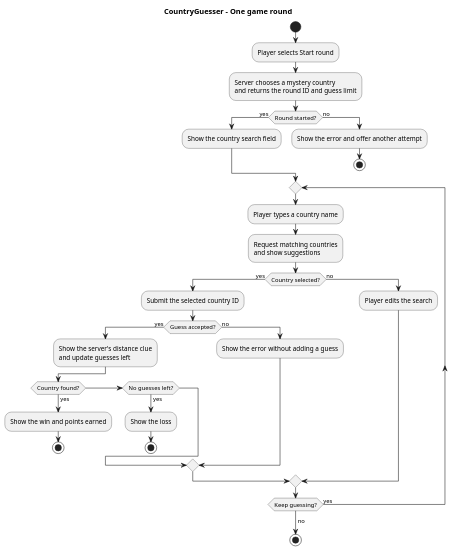
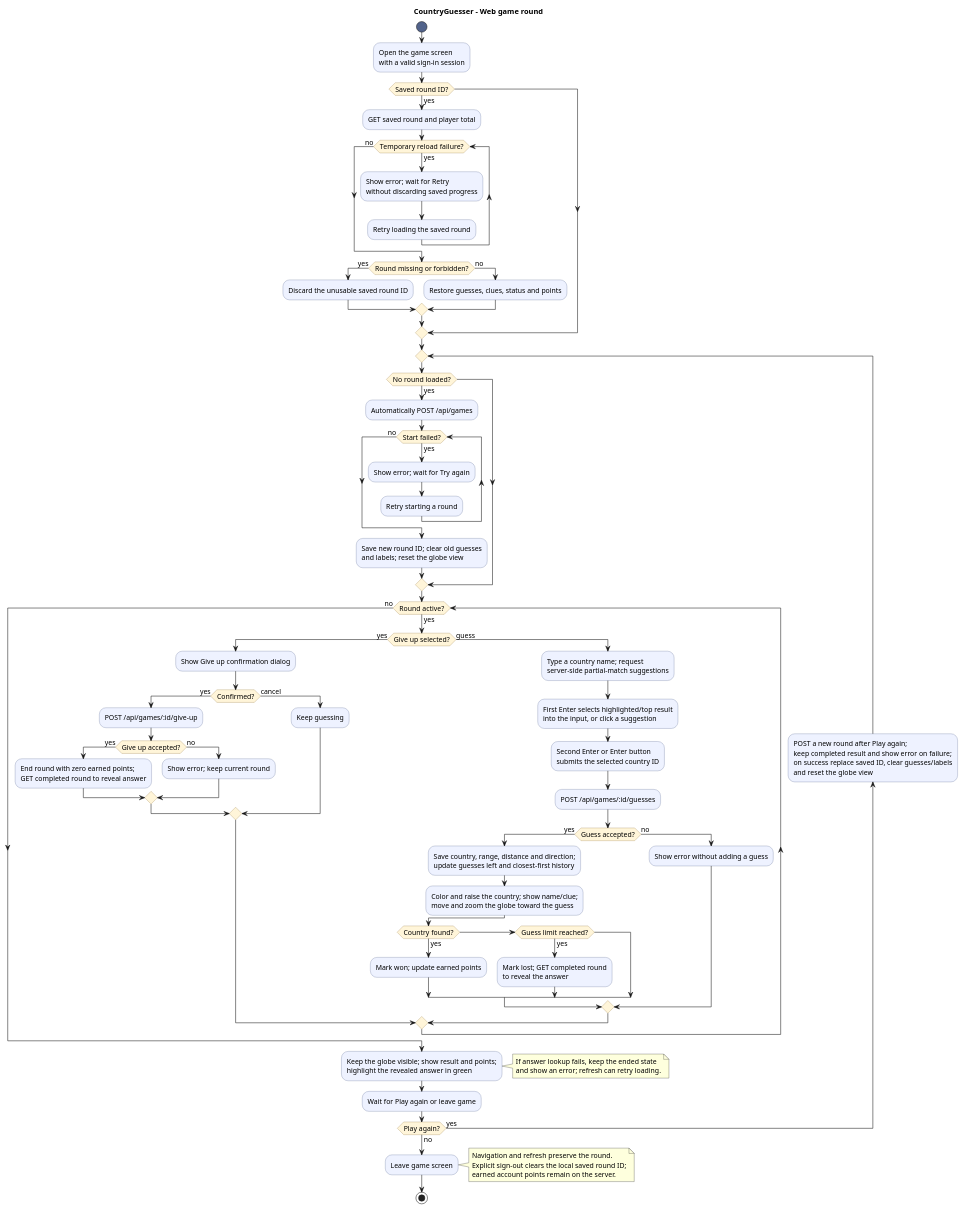
The diagram in docs/diagrams/activity-game-round.puml (samborg-dev/COP4331-Large-Project), drawn with PlantUML before and after one commit. The commit also changed 2 other files, not shown here.

Commit message:
Update game-round activity diagram

```diff
--- a/docs/diagrams/activity-game-round.puml
+++ b/docs/diagrams/activity-game-round.puml
@@ -1,38 +1,89 @@
 @startuml activity-game-round
-title CountryGuesser - One game round
+title CountryGuesser - Web game round
 skinparam shadowing false
+skinparam backgroundColor #FFFFFF
+skinparam defaultFontName SansSerif
+skinparam defaultFontSize 13
+skinparam activity {
+  BackgroundColor #EEF2FF
+  BorderColor #52638B
+  DiamondBackgroundColor #FFF5D9
+  DiamondBorderColor #94753A
+  StartColor #52638B
+  EndColor #52638B
+}
 
 start
-:Player selects Start round;
-:Server chooses a mystery country\nand returns the round ID and guess limit;
-if (Round started?) then (yes)
-  :Show the country search field;
-else (no)
-  :Show the error and offer another attempt;
-  stop
+:Open the game screen\nwith a valid sign-in session;
+if (Saved round ID?) then (yes)
+  :GET saved round and player total;
+  while (Temporary reload failure?) is (yes)
+    :Show error; wait for Retry\nwithout discarding saved progress;
+    :Retry loading the saved round;
+  endwhile (no)
+  if (Round missing or forbidden?) then (yes)
+    :Discard the unusable saved round ID;
+  else (no)
+    :Restore guesses, clues, status and points;
+  endif
 endif
 
 repeat
-  :Player types a country name;
-  :Request matching countries\nand show suggestions;
-  if (Country selected?) then (yes)
-    :Submit the selected country ID;
-    if (Guess accepted?) then (yes)
-      :Show the server's distance clue\nand update guesses left;
-      if (Country found?) then (yes)
-        :Show the win and points earned;
-        stop
-      elseif (No guesses left?) then (yes)
-        :Show the loss;
-        stop
+  if (No round loaded?) then (yes)
+    :Automatically POST /api/games;
+    while (Start failed?) is (yes)
+      :Show error; wait for Try again;
+      :Retry starting a round;
+    endwhile (no)
+    :Save new round ID; clear old guesses\nand labels; reset the globe view;
+  endif
+
+  while (Round active?) is (yes)
+    if (Give up selected?) then (yes)
+      :Show Give up confirmation dialog;
+      if (Confirmed?) then (yes)
+        :POST /api/games/:id/give-up;
+        if (Give up accepted?) then (yes)
+          :End round with zero earned points;\nGET completed round to reveal answer;
+        else (no)
+          :Show error; keep current round;
+        endif
+      else (cancel)
+        :Keep guessing;
       endif
-    else (no)
-      :Show the error without adding a guess;
+    else (guess)
+      :Type a country name; request\nserver-side partial-match suggestions;
+      :First Enter selects highlighted/top result\ninto the input, or click a suggestion;
+      :Second Enter or Enter button\nsubmits the selected country ID;
+      :POST /api/games/:id/guesses;
+      if (Guess accepted?) then (yes)
+        :Save country, range, distance and direction;\nupdate guesses left and closest-first history;
+        :Color and raise the country; show name/clue;\nmove and zoom the globe toward the guess;
+        if (Country found?) then (yes)
+          :Mark won; update earned points;
+        elseif (Guess limit reached?) then (yes)
+          :Mark lost; GET completed round\nto reveal the answer;
+        endif
+      else (no)
+        :Show error without adding a guess;
+      endif
     endif
-  else (no)
-    :Player edits the search;
-  endif
-repeat while (Keep guessing?) is (yes)
-->no;
+  endwhile (no)
+
+  :Keep the globe visible; show result and points;\nhighlight the revealed answer in green;
+  note right
+    If answer lookup fails, keep the ended state
+    and show an error; refresh can retry loading.
+  end note
+  :Wait for Play again or leave game;
+  backward :POST a new round after Play again;\nkeep completed result and show error on failure;\non success replace saved ID, clear guesses/labels\nand reset the globe view;
+repeat while (Play again?) is (yes) not (no)
+
+:Leave game screen;
+note right
+  Navigation and refresh preserve the round.
+  Explicit sign-out clears the local saved round ID;
+  earned account points remain on the server.
+end note
 stop
 @enduml
```
